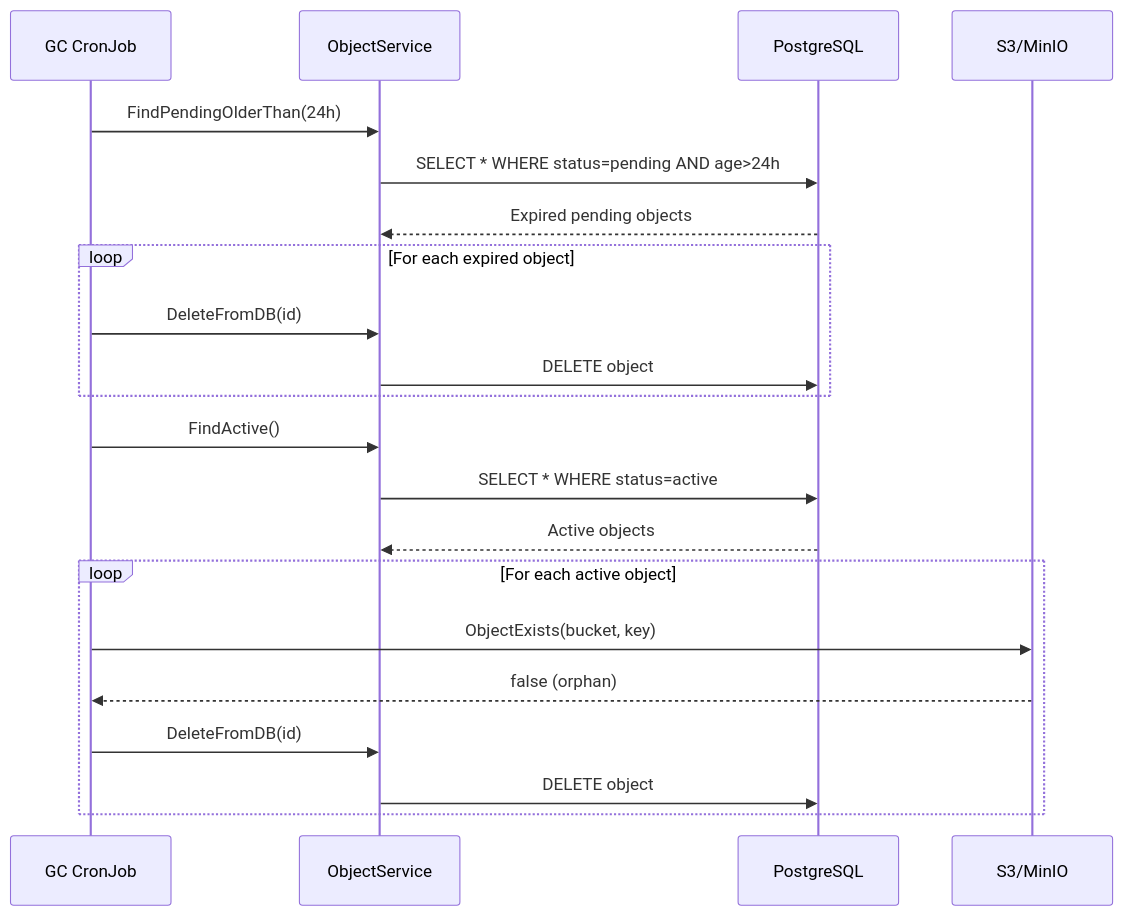
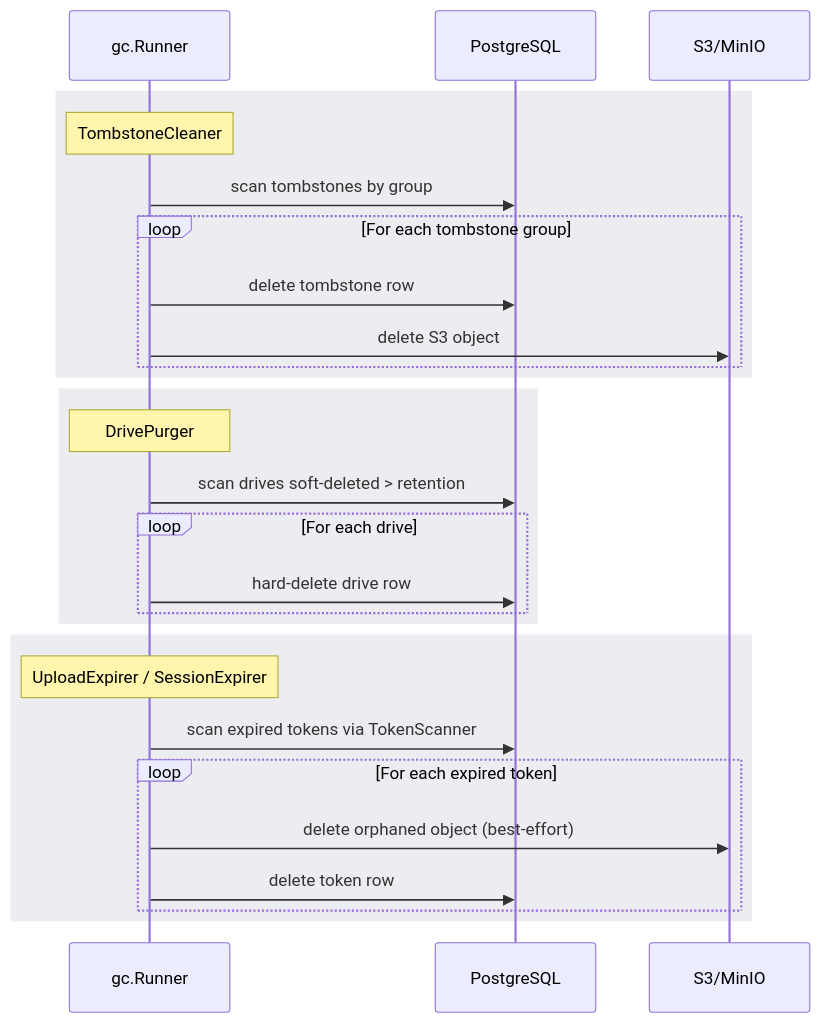
Before and after one commit to mandacode-labs/mdrive: the third of 3 diagrams in README.md, drawn with Mermaid. The commit also changed other lines of this file and 16 other files, not shown here.

````diff
--- a/README.md
+++ b/README.md
@@ -93,25 +88,32 @@
 ```mermaid
 sequenceDiagram
-    participant GC as GC CronJob
-    participant OS as ObjectService
+    participant GC as gc.Runner
     participant DB as PostgreSQL
     participant S3 as S3/MinIO
 
-    GC->>OS: FindPendingOlderThan(24h)
-    OS->>DB: SELECT * WHERE status=pending AND age>24h
-    DB-->>OS: Expired pending objects
-    loop For each expired object
-        GC->>OS: DeleteFromDB(id)
-        OS->>DB: DELETE object
+    rect rgba(80,80,120,0.1)
+        Note over GC: TombstoneCleaner
+        GC->>DB: scan tombstones by group
+        loop For each tombstone group
+            GC->>DB: delete tombstone row
+            GC->>S3: delete S3 object
+        end
     end
 
-    GC->>OS: FindActive()
-    OS->>DB: SELECT * WHERE status=active
-    DB-->>OS: Active objects
-    loop For each active object
-        GC->>S3: ObjectExists(bucket, key)
-        S3-->>GC: false (orphan)
-        GC->>OS: DeleteFromDB(id)
-        OS->>DB: DELETE object
+    rect rgba(80,80,120,0.1)
+        Note over GC: DrivePurger
+        GC->>DB: scan drives soft-deleted > retention
+        loop For each drive
+            GC->>DB: hard-delete drive row
+        end
+    end
+
+    rect rgba(80,80,120,0.1)
+        Note over GC: UploadExpirer / SessionExpirer
+        GC->>DB: scan expired tokens via TokenScanner
+        loop For each expired token
+            GC->>S3: delete orphaned object (best-effort)
+            GC->>DB: delete token row
+        end
     end
 ```
````
